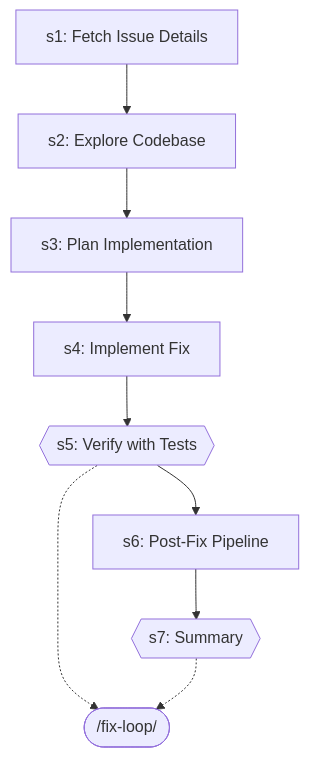
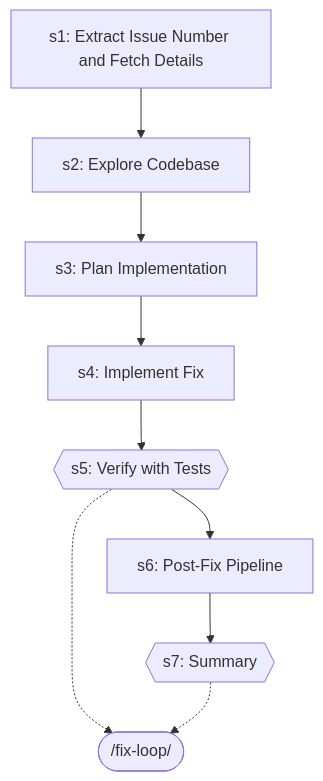
One commit to abhayla/claude-best-practices changed the sixth of 20 diagrams in docs/workflows/learning-self-improvement.md. Above: the diagram before and after it, drawn with Mermaid. The commit also changed other lines of this file and 12 other files, not shown here.

````diff
--- a/docs/workflows/learning-self-improvement.md
+++ b/docs/workflows/learning-self-improvement.md
@@ -405,20 +405,20 @@
 ```mermaid
 graph TD
-    s1["s1: Fetch Issue Details"]
+    s1["s1: Extract Issue Number and Fetch Details"]
     s2["s2: Explore Codebase"]
     s1 --> s2
     s3["s3: Plan Implementation"]
     s2 --> s3
     s4["s4: Implement Fix"]
     s3 --> s4
     s5{{s5: Verify with Tests}}
     s4 --> s5
     fix_loop_ext([/fix-loop/])
     s5 -.-> fix_loop_ext
     s6["s6: Post-Fix Pipeline"]
     s5 --> s6
     s7{{s7: Summary}}
     s6 --> s7
     fix_loop_ext([/fix-loop/])
     s7 -.-> fix_loop_ext
 ```
````
